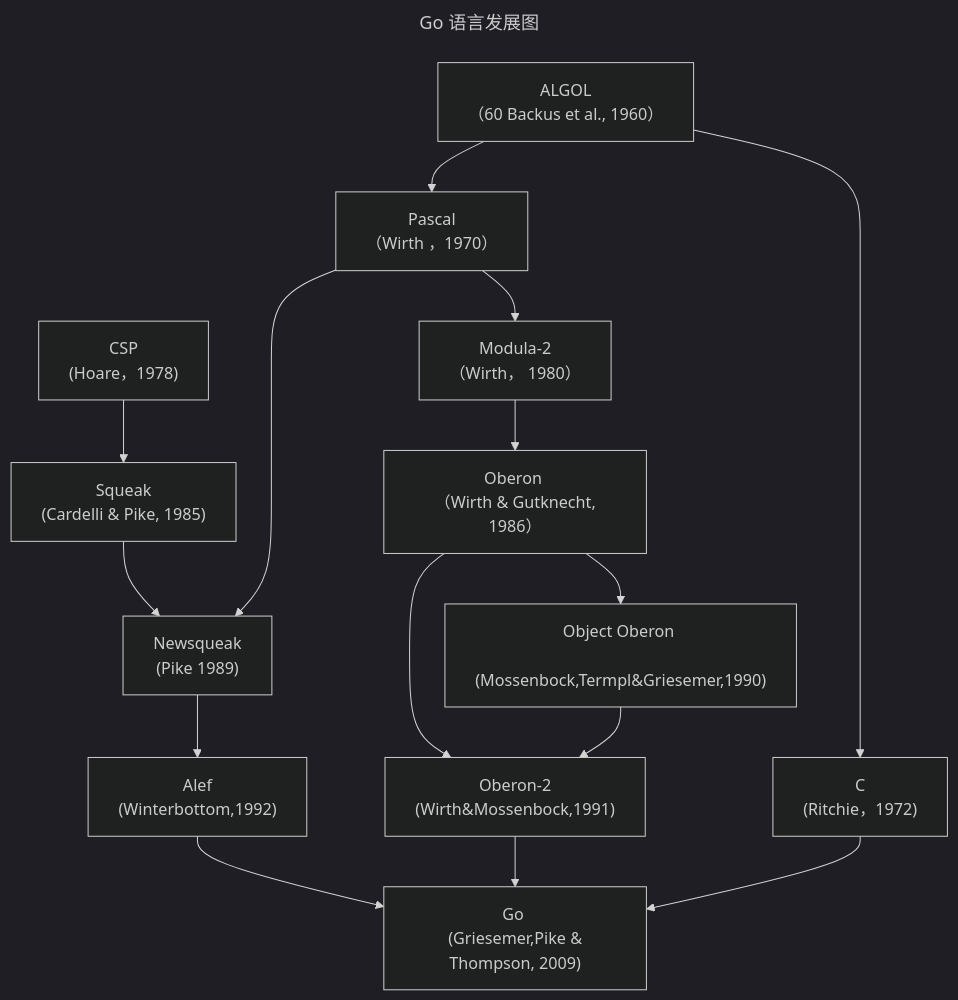
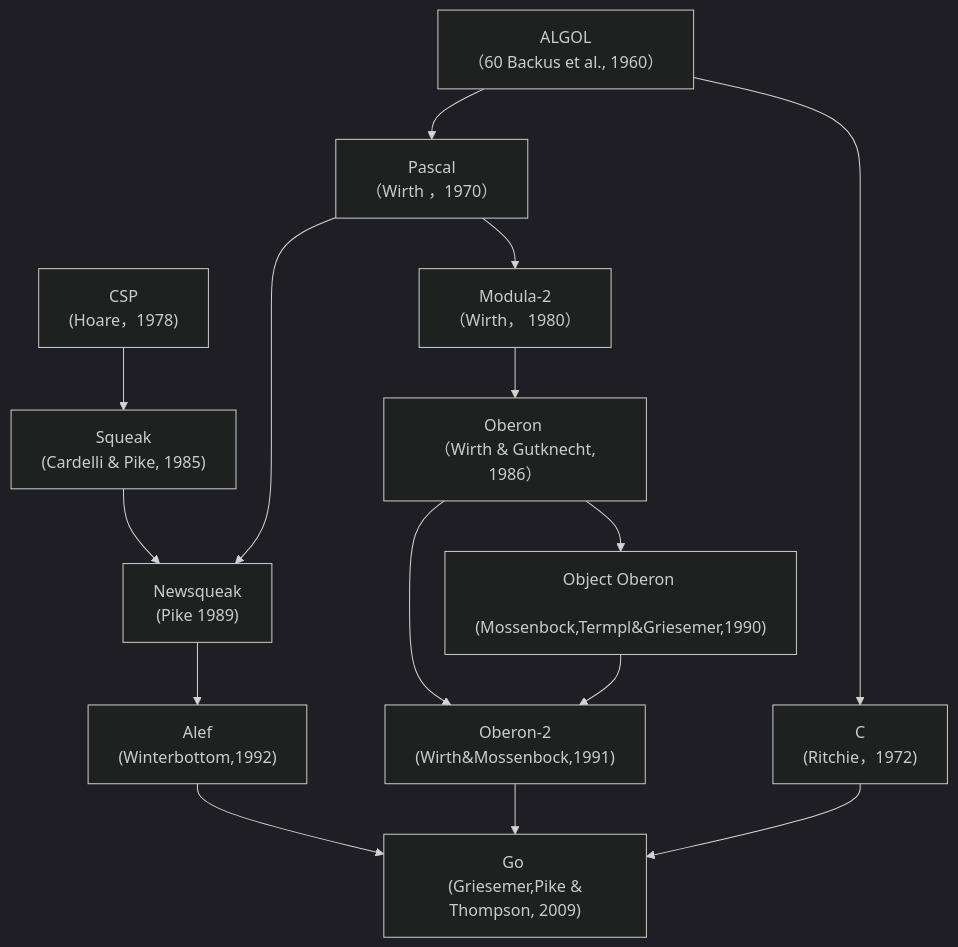
One commit to hanzhuoxian/hanzuoxian.github.io changed the diagram in source/_posts/gopl/start.md. Above: the diagram before and after it, drawn with Mermaid (dark theme). The commit also changed other lines of this file and 5 other files, not shown here.

````diff
--- a/source/_posts/gopl/start.md
+++ b/source/_posts/gopl/start.md
@@ -17,21 +17,18 @@
 ```mermaid
----
-title: Go 语言发展图
----
 graph TD
 AA["CSP \n (Hoare，1978)"] --> AB["Squeak \n (Cardelli & Pike, 1985)"]
 AB --> AC["Newsqueak \n (Pike 1989)"]
 AC --> AD["Alef \n (Winterbottom,1992)"]
 AD --> G
 
 BA["ALGOL \n （60 Backus et al., 1960）"] --> BB["Pascal \n （Wirth ，1970） "]
 BB --> BC["Modula-2 \n （Wirth， 1980）"]
 BB --> AC
 BC --> BD["Oberon \n （Wirth & Gutknecht, 1986）"]
 BD --> BE["Object Oberon \n (Mossenbock,Termpl&Griesemer,1990)"]
 BD & BE --> BF["Oberon-2\n(Wirth&Mossenbock,1991)"]
 BF --> G
 
 BA --> CA["C \n (Ritchie，1972)"]
 CA --> G["Go \n (Griesemer,Pike & Thompson, 2009)"]
 ```
````
